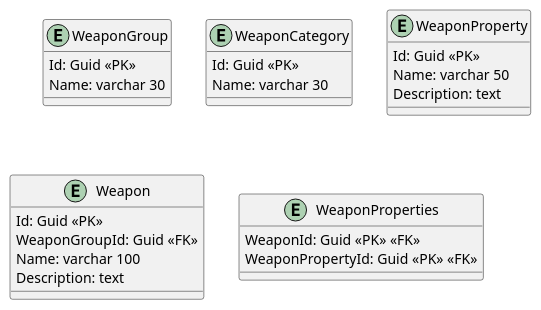
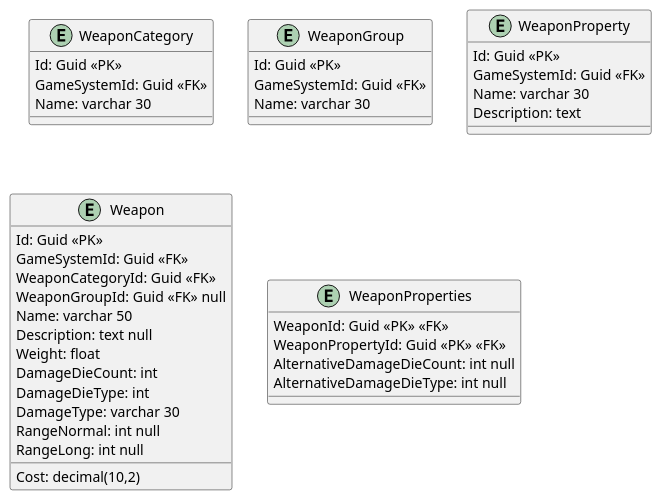
One commit to LucasZottis/RPGManager changed the diagram in Diagrams/Weapon_diagram.puml. Above: the diagram before and after it, drawn with PlantUML. The commit also changed 2 other files, not shown here.

```diff
--- a/Diagrams/Weapon_diagram.puml
+++ b/Diagrams/Weapon_diagram.puml
@@ -1,29 +1,50 @@
 @startuml Weapon
-entity WeaponGroup {
-  Id: Guid <<PK>>
-  Name: varchar 30
+entity WeaponCategory {
+    Id: Guid <<PK>>
+    GameSystemId: Guid <<FK>>
+    Name: varchar 30
 }
 
-entity WeaponCategory {
-  Id: Guid <<PK>>
-  Name: varchar 30
+entity WeaponGroup {
+    Id: Guid <<PK>>
+    GameSystemId: Guid <<FK>>
+    Name: varchar 30
 }
 
 entity WeaponProperty {
-  Id: Guid <<PK>>
-  Name: varchar 50
-  Description: text
+    Id: Guid <<PK>>
+    GameSystemId: Guid <<FK>>
+    Name: varchar 30
+    Description: text
 }
 
 entity Weapon {
-  Id: Guid <<PK>>
-  WeaponGroupId: Guid <<FK>>
-  Name: varchar 100
-  Description: text
+    Id: Guid <<PK>>
+    GameSystemId: Guid <<FK>>
+    WeaponCategoryId: Guid <<FK>>
+    WeaponGroupId: Guid <<FK>> null
+    Name: varchar 50
+    Description: text null
+    Cost: decimal(10,2)
+    Weight: float
+    DamageDieCount: int
+    DamageDieType: int
+    DamageType: varchar 30
+    RangeNormal: int null
+    RangeLong: int null
+    ' IsFinesse: bit
+    ' IsLight: bit
+    ' IsHeavy: bit
+    ' IsTwoHanded: bit
+    ' IsVersatile: bit
+    ' AlternativeDamageDieCount: int null
+    ' AlternativeDamageDieType: int null
 }
 
 entity WeaponProperties {
-  WeaponId: Guid <<PK>> <<FK>>
-  WeaponPropertyId: Guid <<PK>> <<FK>>
+    WeaponId: Guid <<PK>> <<FK>>
+    WeaponPropertyId: Guid <<PK>> <<FK>>
+    AlternativeDamageDieCount: int null
+    AlternativeDamageDieType: int null
 }
 @enduml
```
